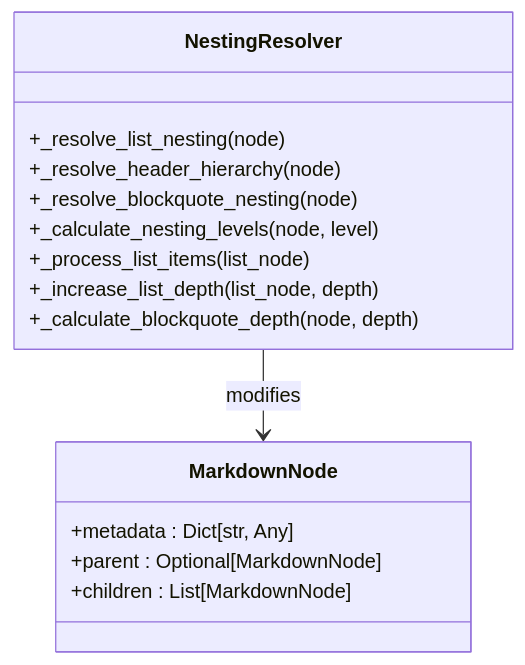
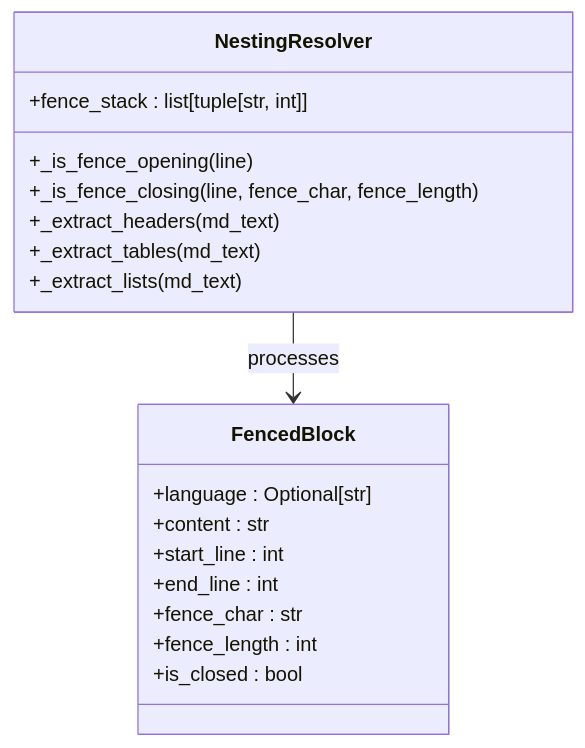
One commit to asukhodko/dify-markdown-chunker changed the fifth of 7 diagrams in .qoder/repowiki/en/content/Core Concepts/Parsing and Content Analysis.md. Above: the diagram before and after it, drawn with Mermaid. The commit also changed other lines of this file and 15 other files, not shown here.

````diff
--- a/.qoder/repowiki/en/content/Core Concepts/Parsing and Content Analysis.md
+++ b/.qoder/repowiki/en/content/Core Concepts/Parsing and Content Analysis.md
@@ -166,18 +177,21 @@
 ```mermaid
 classDiagram
 class NestingResolver {
-+_resolve_list_nesting(node)
-+_resolve_header_hierarchy(node)
-+_resolve_blockquote_nesting(node)
-+_calculate_nesting_levels(node, level)
-+_process_list_items(list_node)
-+_increase_list_depth(list_node, depth)
-+_calculate_blockquote_depth(node, depth)
++fence_stack : list[tuple[str, int]]
++_is_fence_opening(line)
++_is_fence_closing(line, fence_char, fence_length)
++_extract_headers(md_text)
++_extract_tables(md_text)
++_extract_lists(md_text)
 }
-class MarkdownNode {
-+metadata : Dict[str, Any]
-+parent : Optional[MarkdownNode]
-+children : List[MarkdownNode]
+class FencedBlock {
++language : Optional[str]
++content : str
++start_line : int
++end_line : int
++fence_char : str
++fence_length : int
++is_closed : bool
 }
-NestingResolver --> MarkdownNode : modifies
+NestingResolver --> FencedBlock : processes
 ```
````
